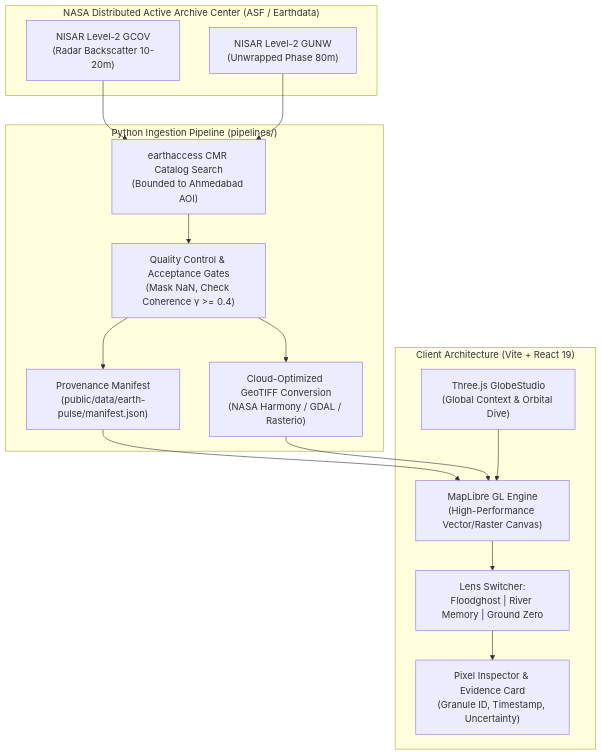
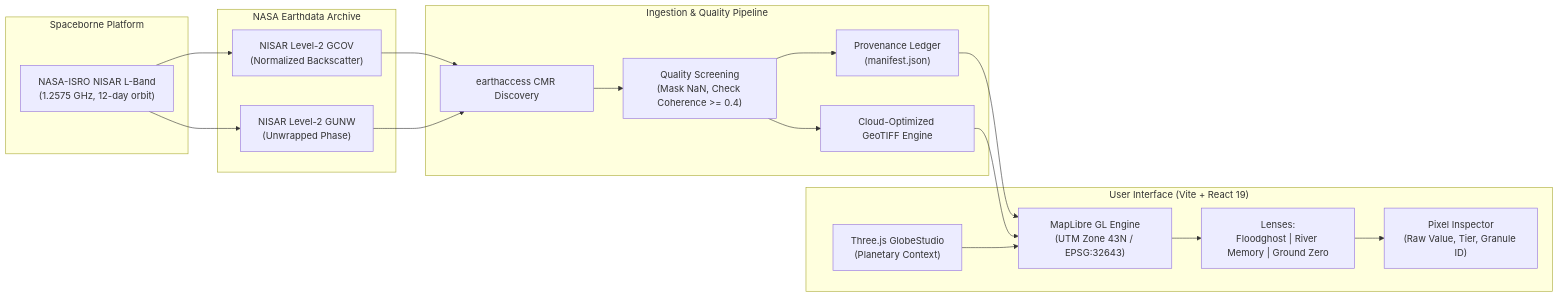
The diagram in README.md (memehdi14/NasaSpaceApps), drawn with Mermaid before and after one commit. The commit also changed other lines of this file, not shown here.

````diff
--- a/README.md
+++ b/README.md
@@ -175,32 +178,35 @@
 ```mermaid
-flowchart TD
-    subgraph NASA_DAAC["NASA Distributed Active Archive Center (ASF / Earthdata)"]
-        GCOV["NISAR Level-2 GCOV\n(Radar Backscatter 10-20m)"]
-        GUNW["NISAR Level-2 GUNW\n(Unwrapped Phase 80m)"]
+flowchart LR
+    subgraph SATELLITE["Spaceborne Platform"]
+        NISAR["NASA-ISRO NISAR L-Band\n(1.2575 GHz, 12-day orbit)"]
     end
 
-    subgraph INGESTION["Python Ingestion Pipeline (pipelines/)"]
-        EA["earthaccess CMR Catalog Search\n(Bounded to Ahmedabad AOI)"]
-        QC["Quality Control & Acceptance Gates\n(Mask NaN, Check Coherence γ >= 0.4)"]
-        COG["Cloud-Optimized GeoTIFF Conversion\n(NASA Harmony / GDAL / Rasterio)"]
-        MAN["Provenance Manifest\n(public/data/earth-pulse/manifest.json)"]
+    subgraph DAAC["NASA Earthdata Archive"]
+        GCOV["NISAR Level-2 GCOV\n(Normalized Backscatter)"]
+        GUNW["NISAR Level-2 GUNW\n(Unwrapped Phase)"]
     end
 
-    subgraph CLIENT["Client Architecture (Vite + React 19)"]
-        GLOBE["Three.js GlobeStudio\n(Global Context & Orbital Dive)"]
-        EXPLORER["MapLibre GL Engine\n(High-Performance Vector/Raster Canvas)"]
-        LENSES["Lens Switcher:\nFloodghost | River Memory | Ground Zero"]
-        INSPECT["Pixel Inspector & Evidence Card\n(Granule ID, Timestamp, Uncertainty)"]
+    subgraph BACKEND["Ingestion & Quality Pipeline"]
+        EA["earthaccess CMR Discovery"]
+        QC["Quality Screening\n(Mask NaN, Check Coherence >= 0.4)"]
+        COG["Cloud-Optimized GeoTIFF Engine"]
+        MAN["Provenance Ledger\n(manifest.json)"]
     end
 
-    GCOV --> EA
-    GUNW --> EA
+    subgraph CLIENT["User Interface (Vite + React 19)"]
+        GLOBE["Three.js GlobeStudio\n(Planetary Context)"]
+        ENGINE["MapLibre GL Engine\n(UTM Zone 43N / EPSG:32643)"]
+        MODULES["Lenses:\nFloodghost | River Memory | Ground Zero"]
+        INSPECT["Pixel Inspector\n(Raw Value, Tier, Granule ID)"]
+    end
+
+    NISAR --> GCOV & GUNW
+    GCOV & GUNW --> EA
     EA --> QC
-    QC --> COG
-    QC --> MAN
-    MAN --> EXPLORER
-    COG --> EXPLORER
-    GLOBE --> EXPLORER
-    EXPLORER --> LENSES
-    LENSES --> INSPECT
+    QC --> COG & MAN
+    MAN --> ENGINE
+    COG --> ENGINE
+    GLOBE --> ENGINE
+    ENGINE --> MODULES
+    MODULES --> INSPECT
 ```
````
